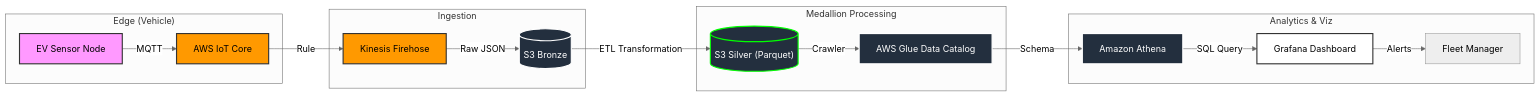
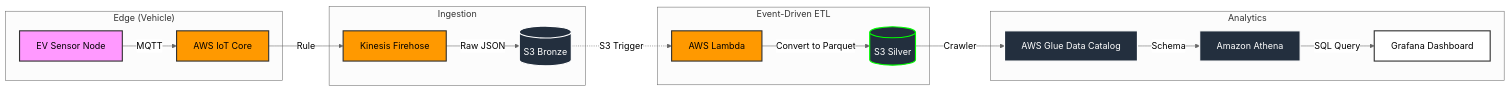
The diagram in README.md (Mayne0945/rea-vaya-ev-telemetry-pipeline), drawn with Mermaid (neutral theme) before and after one commit. The commit also changed other lines of this file, not shown here.

````diff
--- a/README.md
+++ b/README.md
@@ -11,31 +11,32 @@
 ```mermaid
 graph LR
     subgraph "Edge (Vehicle)"
         V[EV Sensor Node] -->|MQTT| IOT[AWS IoT Core]
     end
 
     subgraph "Ingestion"
         IOT -->|Rule| FH[Kinesis Firehose]
         FH -->|Raw JSON| S3_B[("S3 Bronze")]
     end
 
-    subgraph "Medallion Processing"
-        S3_B -->|ETL Transformation| S3_S[("S3 Silver (Parquet)")]
-        S3_S -->|Crawler| G[AWS Glue Data Catalog]
+    subgraph "Event-Driven ETL"
+        S3_B -.->|S3 Trigger| L[AWS Lambda]
+        L -->|Convert to Parquet| S3_S[("S3 Silver")]
     end
 
-    subgraph "Analytics & Viz"
+    subgraph "Analytics"
+        S3_S -->|Crawler| G[AWS Glue Data Catalog]
         G -->|Schema| ATH[Amazon Athena]
         ATH -->|SQL Query| GRAF[Grafana Dashboard]
-        GRAF -->|Alerts| USR[Fleet Manager]
     end
 
     style V fill:#f9f,stroke:#333,stroke-width:2px
     style IOT fill:#ff9900,stroke:#333,stroke-width:2px
     style FH fill:#ff9900,stroke:#333,stroke-width:2px
     style S3_B fill:#232f3e,stroke:#fff,stroke-width:2px,color:#fff
+    style L fill:#ff9900,stroke:#333,stroke-width:2px
     style S3_S fill:#232f3e,stroke:#00ff00,stroke-width:2px,color:#fff
     style G fill:#232f3e,stroke:#fff,stroke-width:2px,color:#fff
     style ATH fill:#232f3e,stroke:#fff,stroke-width:2px,color:#fff
     style GRAF fill:#fff,stroke:#333,stroke-width:2px
 ```
````
